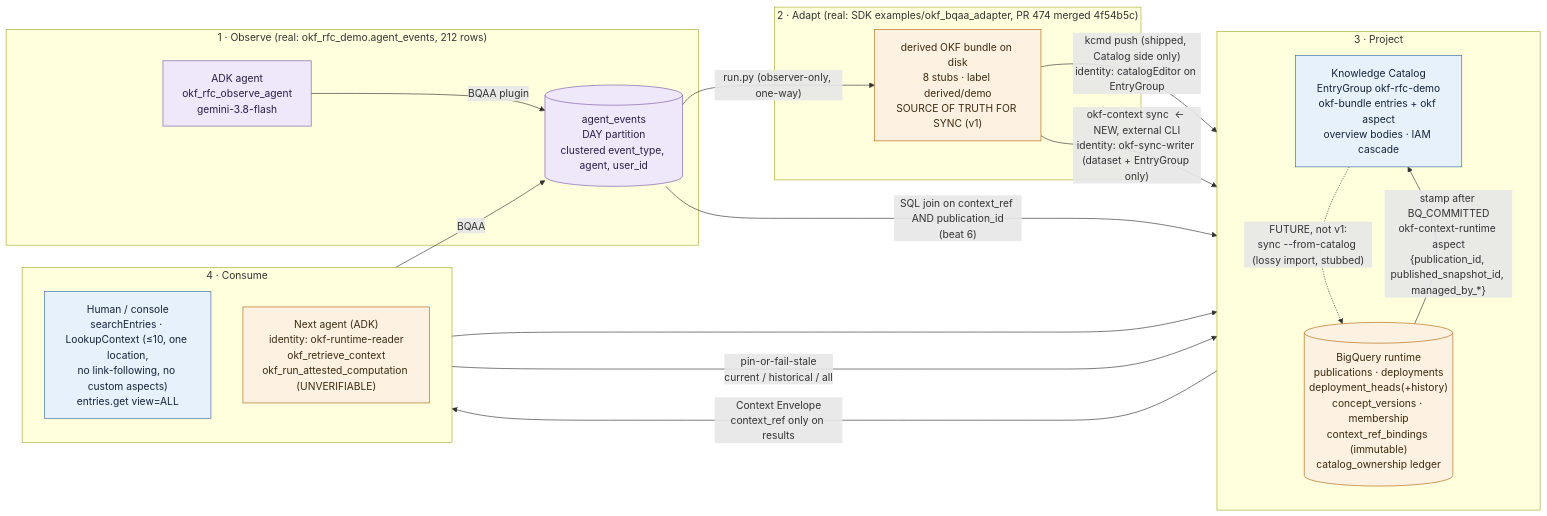
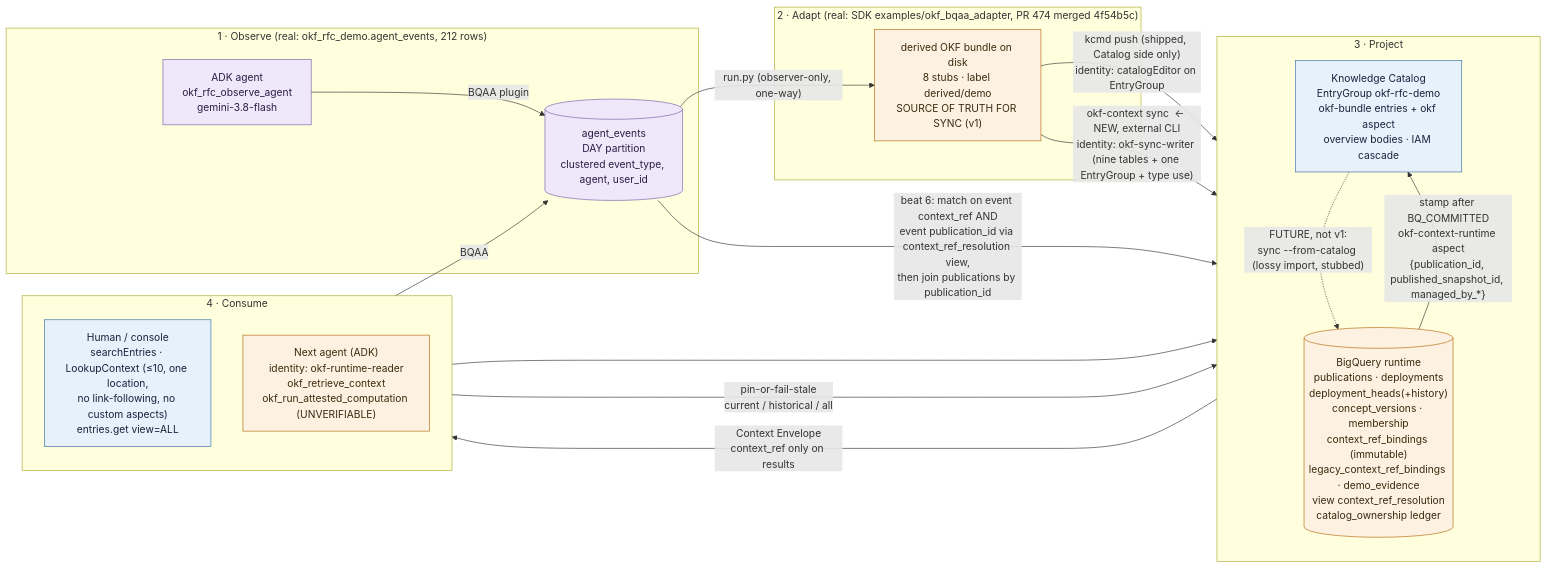
The diagram in rfc/full-demo/ARCHITECTURE.md (caohy1988/caohy1988.github.io), drawn with Mermaid before and after one commit. The commit also changed other lines of this file and 6 other files, not shown here.

````diff
--- a/rfc/full-demo/ARCHITECTURE.md
+++ b/rfc/full-demo/ARCHITECTURE.md
@@ -11,35 +11,35 @@
 ```mermaid
 flowchart LR
   subgraph OBSERVE["1 · Observe  (real: okf_rfc_demo.agent_events, 212 rows)"]
     A1["ADK agent<br/>okf_rfc_observe_agent<br/>gemini-3.8-flash"] -->|BQAA plugin| A2[("agent_events<br/>DAY partition<br/>clustered event_type, agent, user_id")]
   end
 
   subgraph ADAPT["2 · Adapt  (real: SDK examples/okf_bqaa_adapter, PR 474 merged 4f54b5c)"]
     A2 -->|"run.py (observer-only, one-way)"| B1["derived OKF bundle on disk<br/>8 stubs · label derived/demo<br/>SOURCE OF TRUTH FOR SYNC (v1)"]
   end
 
   subgraph PROJECT["3 · Project"]
     direction TB
     B1 -->|"kcmd push (shipped, Catalog side only)<br/>identity: catalogEditor on EntryGroup"| C1["Knowledge Catalog<br/>EntryGroup okf-rfc-demo<br/>okf-bundle entries + okf aspect<br/>overview bodies · IAM cascade"]
-    B1 -->|"okf-context sync  ← NEW, external CLI<br/>identity: okf-sync-writer (dataset + EntryGroup only)"| C2[("BigQuery runtime<br/>publications · deployments<br/>deployment_heads(+history)<br/>concept_versions · membership<br/>context_ref_bindings (immutable)<br/>catalog_ownership ledger")]
+    B1 -->|"okf-context sync  ← NEW, external CLI<br/>identity: okf-sync-writer (nine tables + one EntryGroup + type use)"| C2[("BigQuery runtime<br/>publications · deployments<br/>deployment_heads(+history)<br/>concept_versions · membership<br/>context_ref_bindings (immutable)<br/>legacy_context_ref_bindings · demo_evidence<br/>view context_ref_resolution<br/>catalog_ownership ledger")]
     C2 -->|"stamp after BQ_COMMITTED<br/>okf-context-runtime aspect<br/>{publication_id, published_snapshot_id, managed_by_*}"| C1
     C1 -.->|"FUTURE, not v1:<br/>sync --from-catalog (lossy import, stubbed)"| C2
   end
 
   subgraph CONSUME["4 · Consume"]
     direction TB
     D1["Human / console<br/>searchEntries · LookupContext (≤10, one location,<br/>no link-following, no custom aspects)<br/>entries.get view=ALL"] --> C1
     D2["Next agent (ADK)<br/>identity: okf-runtime-reader<br/>okf_retrieve_context<br/>okf_run_attested_computation (UNVERIFIABLE)"] -->|"pin-or-fail-stale<br/>current / historical / all"| C2
     C2 -->|"Context Envelope<br/>context_ref only on results"| D2
     D2 -->|BQAA| A2
   end
 
-  A2 -->|"SQL join on context_ref AND publication_id<br/>(beat 6)"| C2
+  A2 -->|"beat 6: match on event context_ref AND<br/>event publication_id via context_ref_resolution view,<br/>then join publications by publication_id"| C2
 
   classDef tel fill:#EFE7FA,stroke:#7B5EA7,color:#2B1E45
   classDef cat fill:#E6F1FB,stroke:#3A6EA5,color:#16233B
   classDef run fill:#FDF1E1,stroke:#B4690E,color:#3B2A0E
   class A1,A2 tel
   class C1,D1 cat
   class C2,D2,B1 run
 ```
````
